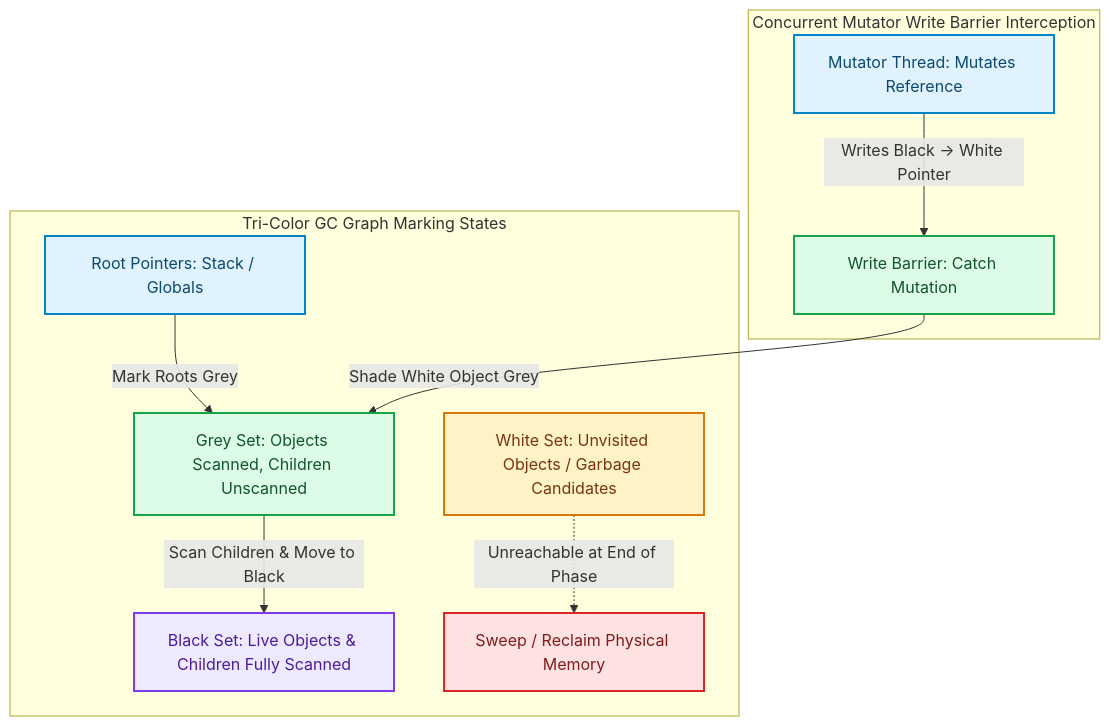
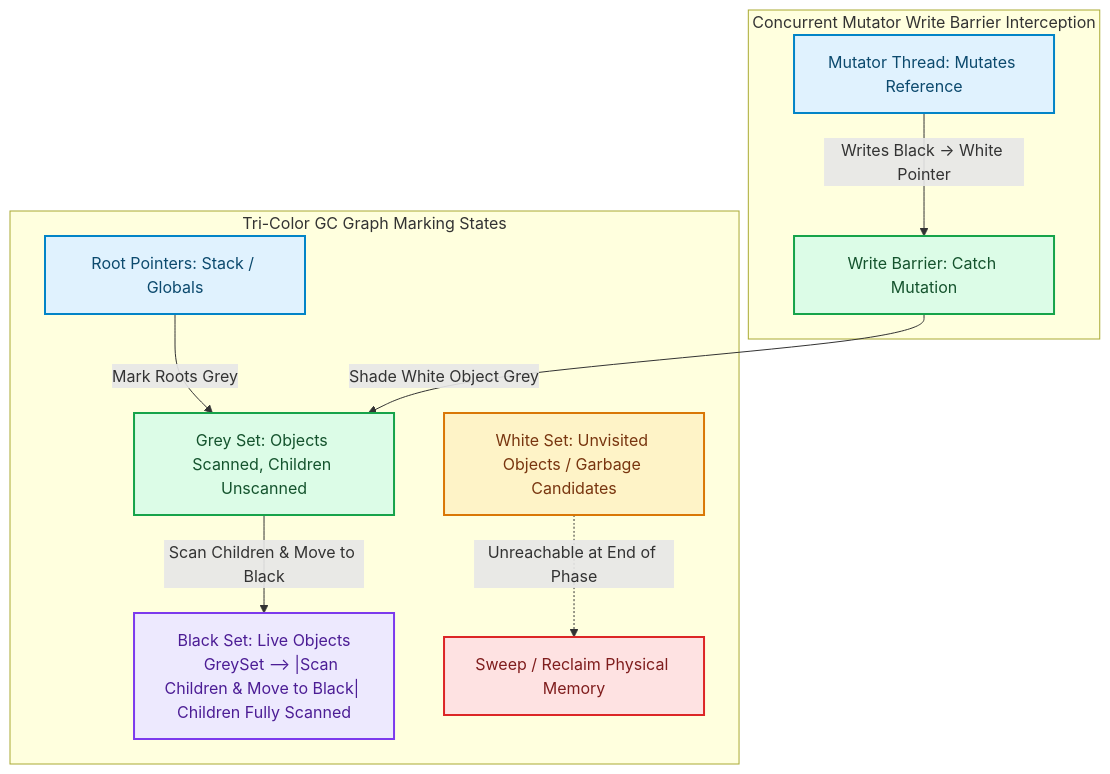
One commit to akmalkhaniub/akmalkhaniub.github.io changed the diagram in blog/posts/garbage-collection-mechanics-tricolor-marking-concurrent-compaction.md. Above: the diagram before and after it, drawn with Mermaid. The commit also changed other lines of this file and 894 other files, not shown here.

Commit message:
feat(blog): upgrade all 444 posts with unique staggered dates, 2-col Mermaid spines, benchmark tables, code blocks, and trade-offs

````diff
--- a/blog/posts/garbage-collection-mechanics-tricolor-marking-concurrent-compaction.md
+++ b/blog/posts/garbage-collection-mechanics-tricolor-marking-concurrent-compaction.md
@@ -17,26 +17,27 @@
 ```mermaid
 flowchart TD
   subgraph SG1_TriColorGc ["Tri-Color GC Graph Marking States"]
     Root["Root Pointers: Stack / Globals"] -->|Mark Roots Grey| GreySet["Grey Set: Objects Scanned, Children Unscanned"]
     
-    GreySet -->|Scan Children & Move to Black| BlackSet["Black Set: Live Objects & Children Fully Scanned"]
+    GreySet --> |Scan Children & Move to Black| BlackSet["Black Set: Live Objects
+    GreySet --> |Scan Children & Move to Black| Children Fully Scanned"]
     
     WhiteSet["White Set: Unvisited Objects / Garbage Candidates"] -.->|Unreachable at End of Phase| Sweep["Sweep / Reclaim Physical Memory"]
   end
   
   subgraph SG2_ConcurrentMutatorWrite ["Concurrent Mutator Write Barrier Interception"]
     Mutator["Mutator Thread: Mutates Reference"] -->|Writes Black -> White Pointer| WriteBarrier["Write Barrier: Catch Mutation"]
     WriteBarrier -->|Shade White Object Grey| GreySet
   end
 
 classDef green fill:#dcfce7,stroke:#16a34a,stroke-width:2px,color:#14532d;
 classDef red fill:#fee2e2,stroke:#dc2626,stroke-width:2px,color:#7f1d1d;
 classDef blue fill:#e0f2fe,stroke:#0284c7,stroke-width:2px,color:#0c4a6e;
 classDef yellow fill:#fef3c7,stroke:#d97706,stroke-width:2px,color:#78350f;
 classDef purple fill:#ede9fe,stroke:#7c3aed,stroke-width:2px,color:#4c1d95;
 class Root,Mutator blue
 class GreySet,WriteBarrier green
 class BlackSet purple
 class WhiteSet yellow
 class Sweep red
 ```
````
